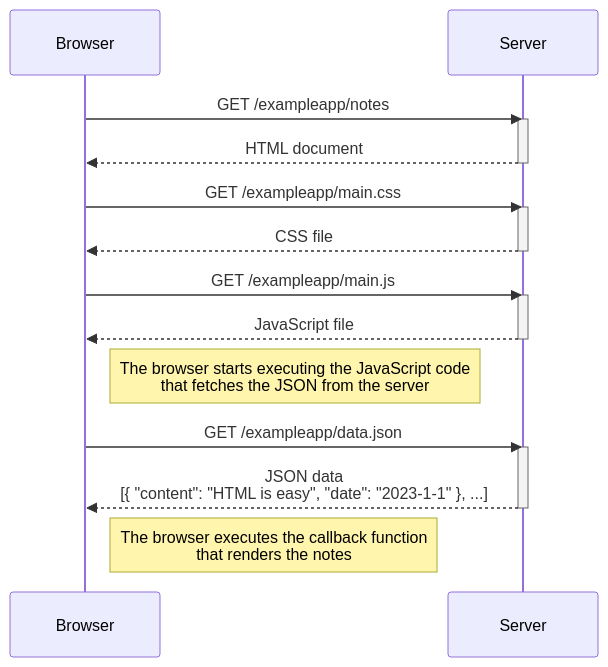
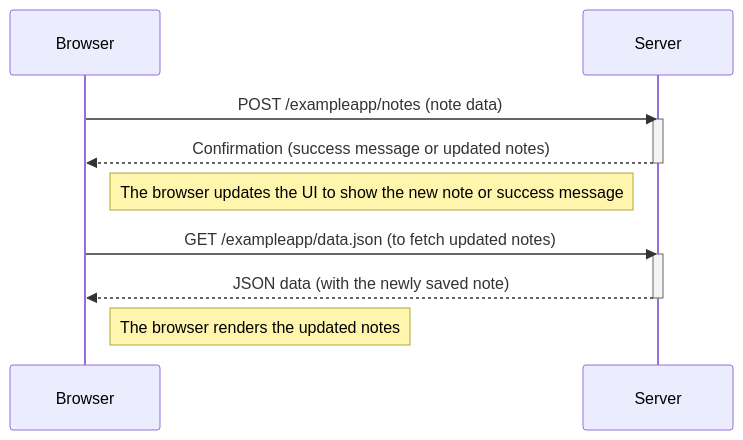
One commit to trasku/fullstack changed the diagram in osa0/teht0_4.md. Above: the diagram before and after it, drawn with Mermaid.

Commit message:
Update teht0_4.md
iteraatio1

````diff
--- a/osa0/teht0_4.md
+++ b/osa0/teht0_4.md
@@ -1,30 +1,19 @@
 ```mermaid
 sequenceDiagram
     participant Browser
     participant Server
 
-    Browser->>Server: GET /exampleapp/notes
+    Browser->>Server: POST /exampleapp/notes (note data)
     activate Server
-    Server-->>Browser: HTML document
+    Server-->>Browser: Confirmation (success message or updated notes)
     deactivate Server
 
-    Browser->>Server: GET /exampleapp/main.css
+    Note right of Browser: The browser updates the UI to show the new note or success message
+
+    Browser->>Server: GET /exampleapp/data.json (to fetch updated notes)
     activate Server
-    Server-->>Browser: CSS file
+    Server-->>Browser: JSON data (with the newly saved note)
     deactivate Server
 
-    Browser->>Server: GET /exampleapp/main.js
-    activate Server
-    Server-->>Browser: JavaScript file
-    deactivate Server
-
-    Note right of Browser: The browser starts executing the JavaScript code<br>that fetches the JSON from the server
-
-    Browser->>Server: GET /exampleapp/data.json
-    activate Server
-    Server-->>Browser: JSON data<br>[{ "content": "HTML is easy", "date": "2023-1-1" }, ...]
-    deactivate Server
-
-    Note right of Browser: The browser executes the callback function<br>that renders the notes
-
+    Note right of Browser: The browser renders the updated notes
 ```
````
